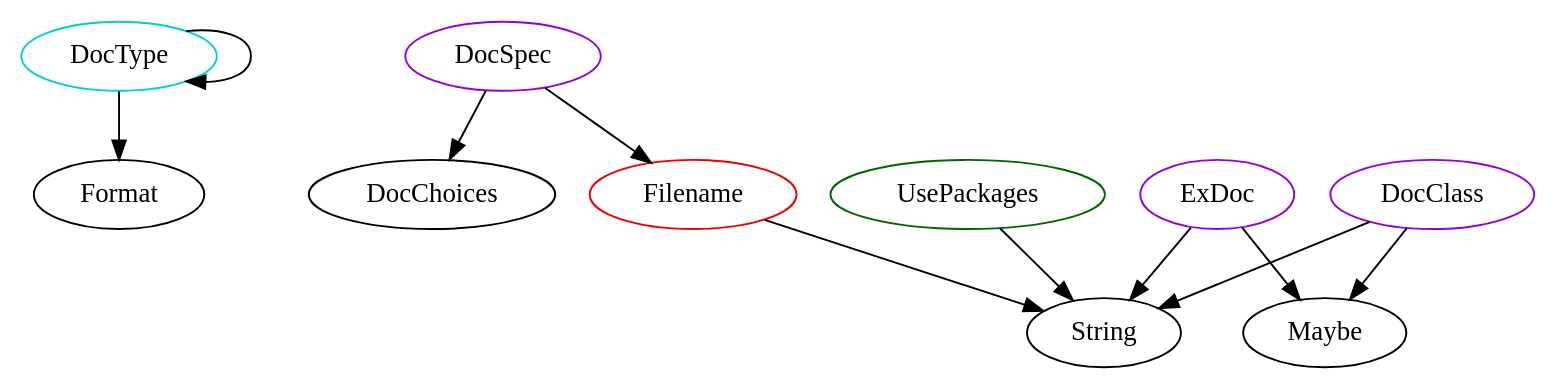
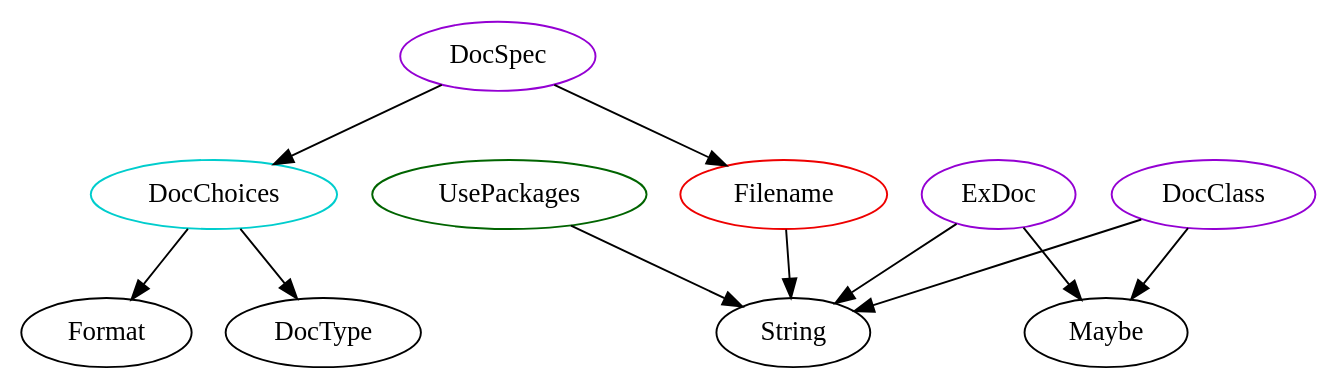
The diagram in analysis/TypeDependencyGraphs/gen.dot (JacquesCarette/Drasil), drawn with Graphviz before and after one commit. The commit also changed 370 other files, not shown here.

```diff
--- a/analysis/TypeDependencyGraphs/gen.dot
+++ b/analysis/TypeDependencyGraphs/gen.dot
@@ -1,36 +1,36 @@
 digraph alltypes {
 	subgraph formats {
-		subgraph doctype{
-		DocType	[shape=oval, color=cyan3, label="DocType"];
-		DocType -> DocType;
-		DocType -> Format;
+		subgraph docchoices{
+		DocChoices	[shape=oval, color=cyan3, label="DocChoices"];
+		DocChoices -> DocType;
+		DocChoices -> Format;
 		}
 		subgraph docspec{
 		DocSpec	[shape=oval, color=darkviolet, label="DocSpec"];
 		DocSpec -> DocChoices;
 		DocSpec -> Filename;
 		}
 		subgraph docclass{
 		DocClass	[shape=oval, color=darkviolet, label="DocClass"];
 		DocClass -> Maybe;
 		DocClass -> String;
 		}
 		subgraph exdoc{
 		ExDoc	[shape=oval, color=darkviolet, label="ExDoc"];
 		ExDoc -> Maybe;
 		ExDoc -> String;
 		}
 		subgraph usepackages{
 		UsePackages	[shape=oval, color=darkgreen, label="UsePackages"];
 		UsePackages -> String;
 		}
 		subgraph filename{
 		Filename	[shape=oval, color=red2, label="Filename"];
 		Filename -> String;
 		}
 	}
 	subgraph generate {
 	}
 	subgraph typececkh {
 	}
 }
```
